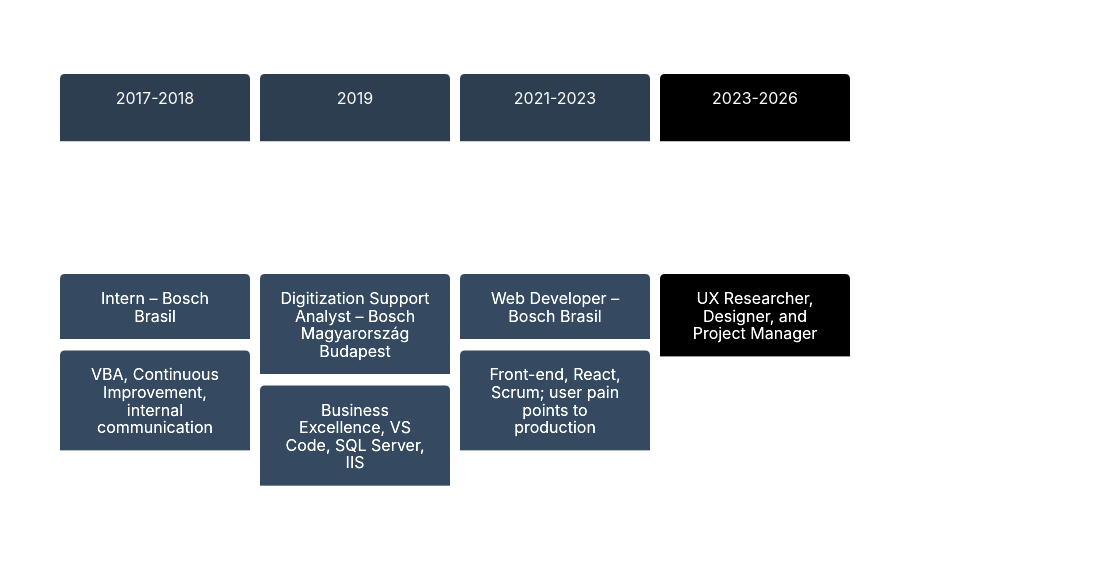
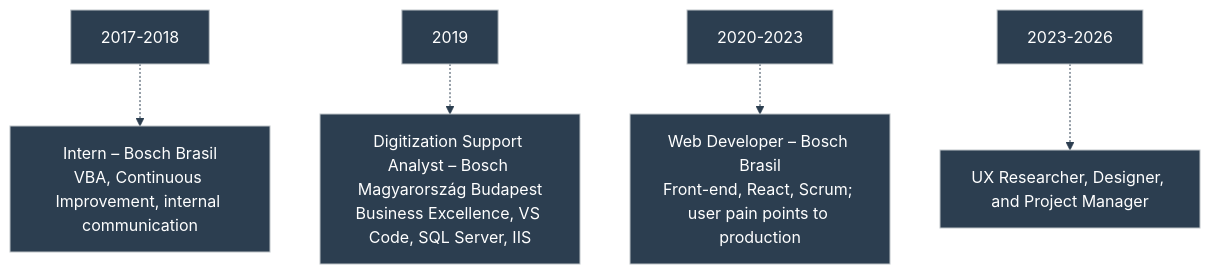
The tenth of 12 diagrams in portfolio/mermaid/diagrams.md (duducm2/my-personal-repo), drawn with Mermaid before and after one commit. The commit also changed other lines of this file, not shown here.

Commit message:
Refactor experience timeline and future career path sections in Mermaid diagrams to improve clarity and visual representation. Replace timeline format with flowchart structure, enhancing the organization of roles and experiences.

````diff
--- a/portfolio/mermaid/diagrams.md
+++ b/portfolio/mermaid/diagrams.md
@@ -185,9 +185,8 @@
 ```mermaid
-%%{init: {'theme': 'base', 'themeVariables': { 'cScale0': '#2c3e50', 'cScale1': '#2c3e50', 'cScale2': '#2c3e50', 'primaryColor': '#2c3e50', 'primaryTextColor': '#fff', 'primaryBorderColor': '#bdc3c7', 'fontFamily': 'Lato'}}}%%
-timeline
-    title Experience Timeline
-    2017-2018 : Intern – Bosch Brasil : VBA, Continuous Improvement, internal communication
-    2019 : Digitization Support Analyst – Bosch Magyarország Budapest : Business Excellence, VS Code, SQL Server, IIS
-    2021-2023 : Web Developer – Bosch Brasil : Front-end, React, Scrum; user pain points to production
-    2023-2026 : UX Researcher, Designer, and Project Manager
+%%{init: {'theme': 'base', 'themeVariables': { 'primaryColor': '#2c3e50', 'primaryTextColor': '#fff', 'primaryBorderColor': '#bdc3c7', 'lineColor': '#2c3e50', 'fontFamily': 'Lato'}}}%%
+flowchart TD
+  D1["2017-2018"] -.-> E1["Intern – Bosch Brasil<br/>VBA, Continuous Improvement, internal communication"]
+  D2["2019"] -.-> E2["Digitization Support Analyst – Bosch Magyarország Budapest<br/>Business Excellence, VS Code, SQL Server, IIS"]
+  D3["2020-2023"] -.-> E3["Web Developer – Bosch Brasil<br/>Front-end, React, Scrum; user pain points to production"]
+  D4["2023-2026"] -.-> E4["UX Researcher, Designer, and Project Manager"]
 ```
````
